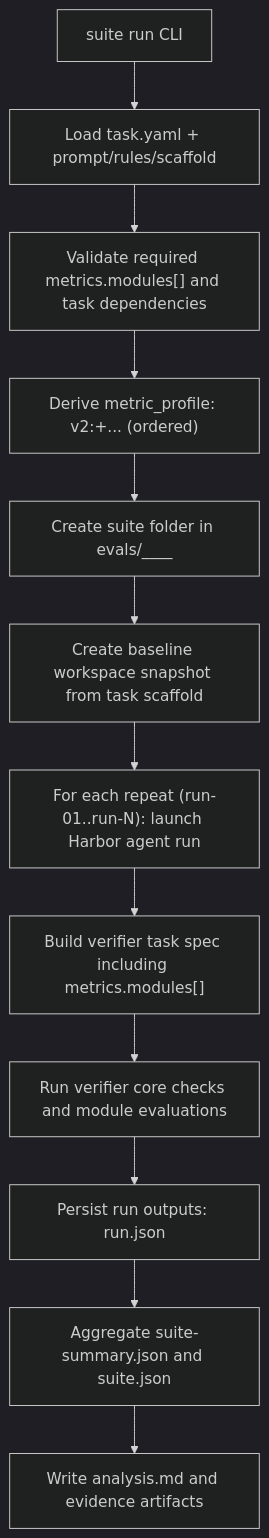
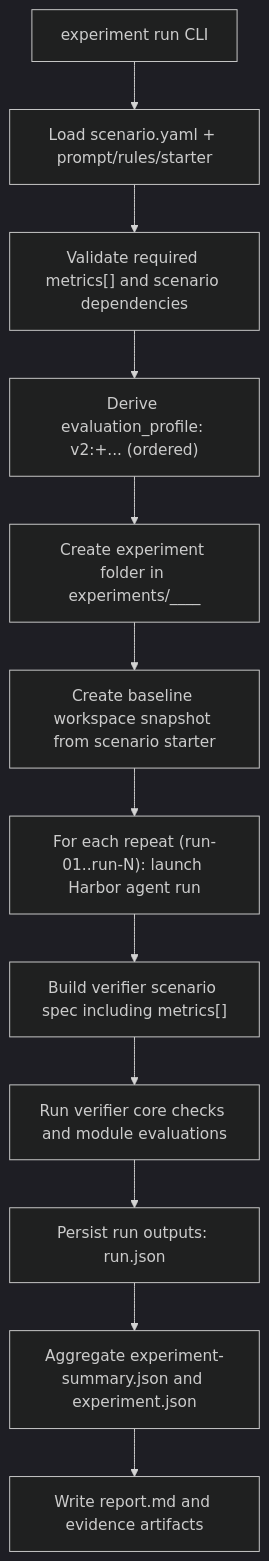
Before and after one commit to adam-jackson-cf/raidar: the diagram in README.md, drawn with Mermaid (dark theme). The commit also changed other lines of this file and 147 other files, not shown here.

Commit message:
refactor: migrate scenario experiment trace vocabulary

````diff
--- a/README.md
+++ b/README.md
@@ -75,14 +75,14 @@
 ```mermaid
 flowchart TD
-    A["suite run CLI"] --> B["Load task.yaml + prompt/rules/scaffold"]
-    B --> C["Validate required metrics.modules[] and task dependencies"]
-    C --> D["Derive metric_profile: v2:<module-id>+... (ordered)"]
-    D --> E["Create suite folder in evals/<timestamp>__<task>__<version>"]
-    E --> F["Create baseline workspace snapshot from task scaffold"]
+    A["experiment run CLI"] --> B["Load scenario.yaml + prompt/rules/starter"]
+    B --> C["Validate required metrics[] and scenario dependencies"]
+    C --> D["Derive evaluation_profile: v2:<metric-id>+... (ordered)"]
+    D --> E["Create experiment folder in experiments/<timestamp>__<scenario>__<revision>"]
+    E --> F["Create baseline workspace snapshot from scenario starter"]
     F --> G["For each repeat (run-01..run-N): launch Harbor agent run"]
-    G --> H["Build verifier task spec including metrics.modules[]"]
+    G --> H["Build verifier scenario spec including metrics[]"]
     H --> I["Run verifier core checks and module evaluations"]
     I --> J["Persist run outputs: run.json"]
-    J --> K["Aggregate suite-summary.json and suite.json"]
-    K --> L["Write analysis.md and evidence artifacts"]
+    J --> K["Aggregate experiment-summary.json and experiment.json"]
+    K --> L["Write report.md and evidence artifacts"]
 ```
````
